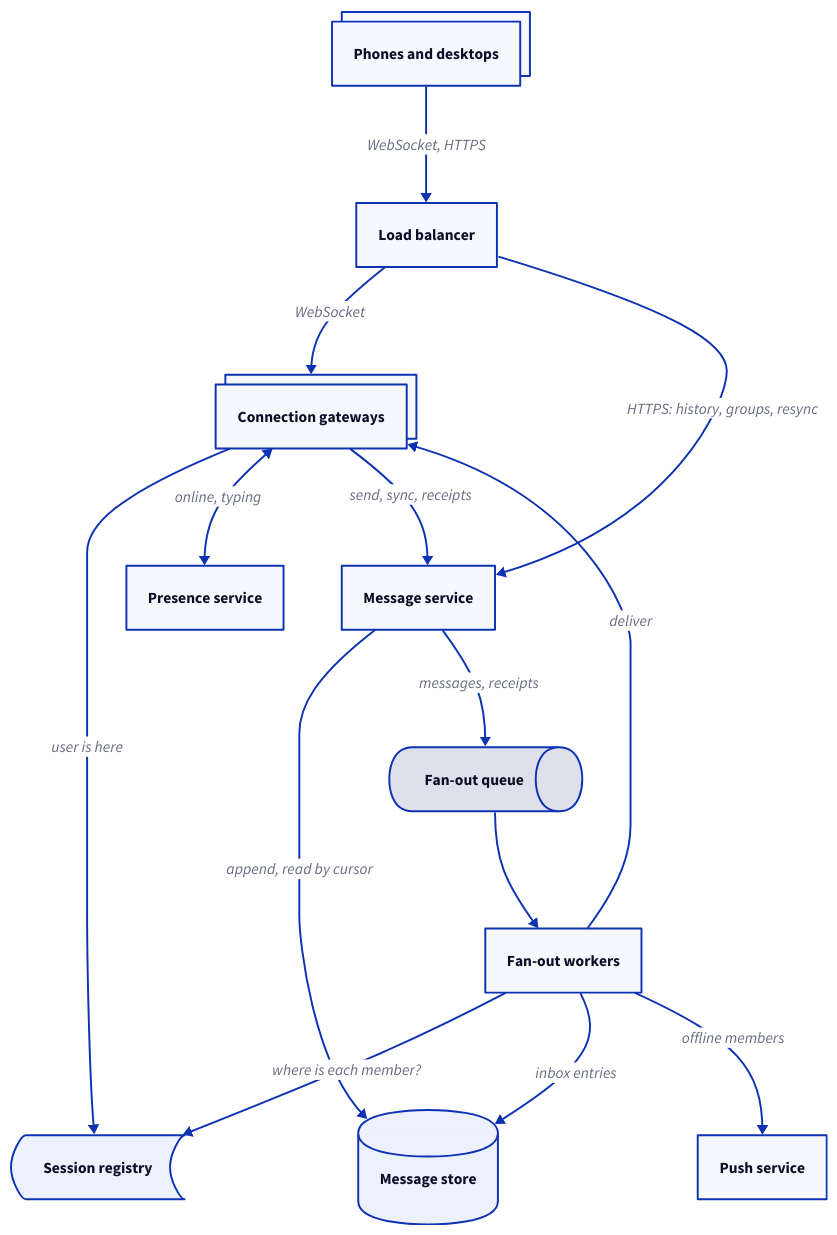
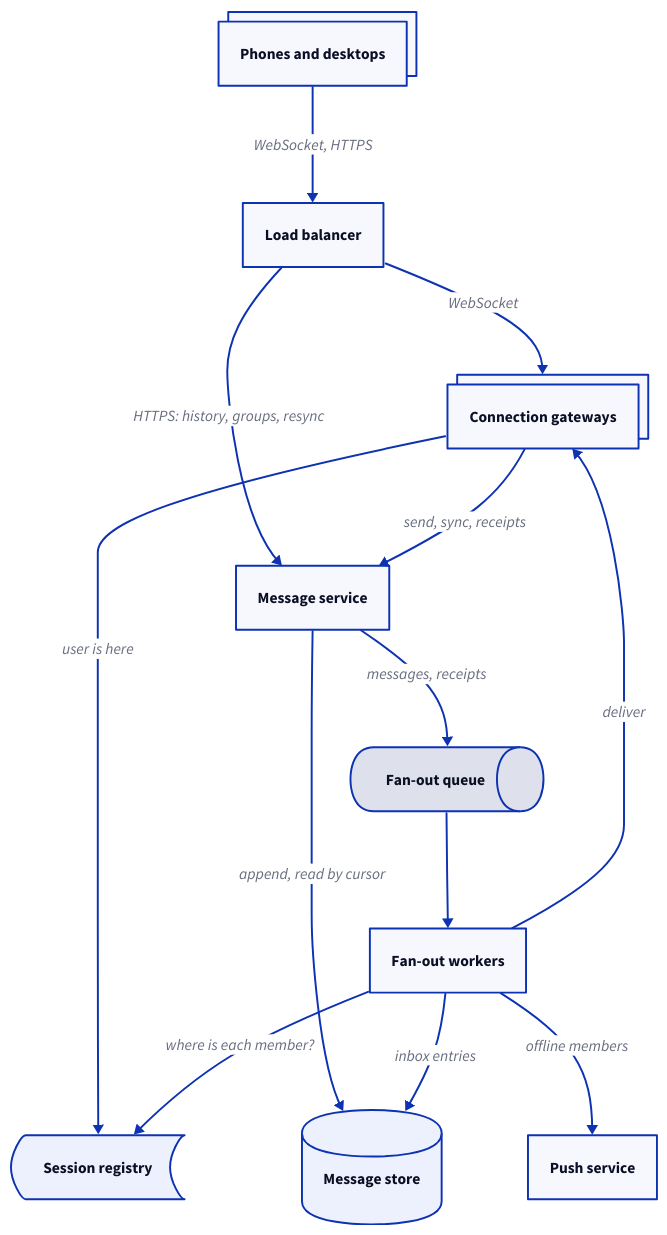
Before and after one commit to enbattle/til: the diagram in src/system-design/diagrams/messaging/architecture.d2, drawn with D2. The commit also changed 23 other files, not shown here.

```diff
--- a/src/system-design/diagrams/messaging/architecture.d2
+++ b/src/system-design/diagrams/messaging/architecture.d2
@@ -1,39 +1,37 @@
 # High-level architecture of the chat app: clients hold one WebSocket each to a
 # gateway; the message service orders and stores each message; fan-out workers
 # deliver it to the gateways holding the recipients, or hand off to push.
 direction: down
 
 clients: Phones and desktops {
   style.multiple: true
 }
 lb: Load balancer
 gw: Connection gateways {
   style.multiple: true
 }
 registry: Session registry {
   shape: stored_data
 }
-presence: Presence service
 msg: Message service
 store: Message store {
   shape: cylinder
 }
 queue: Fan-out queue {
   shape: queue
 }
 fanout: Fan-out workers
 push: Push service
 
 clients -> lb: "WebSocket, HTTPS"
 lb -> gw: "WebSocket"
 lb -> msg: "HTTPS: history, groups, resync"
 gw -> registry: "user is here"
-gw <-> presence: "online, typing"
 gw -> msg: "send, sync, receipts"
 msg -> store: "append, read by cursor"
 msg -> queue: "messages, receipts"
 queue -> fanout
 fanout -> registry: "where is each member?"
 fanout -> store: "inbox entries"
 fanout -> gw: "deliver"
 fanout -> push: "offline members"
```
